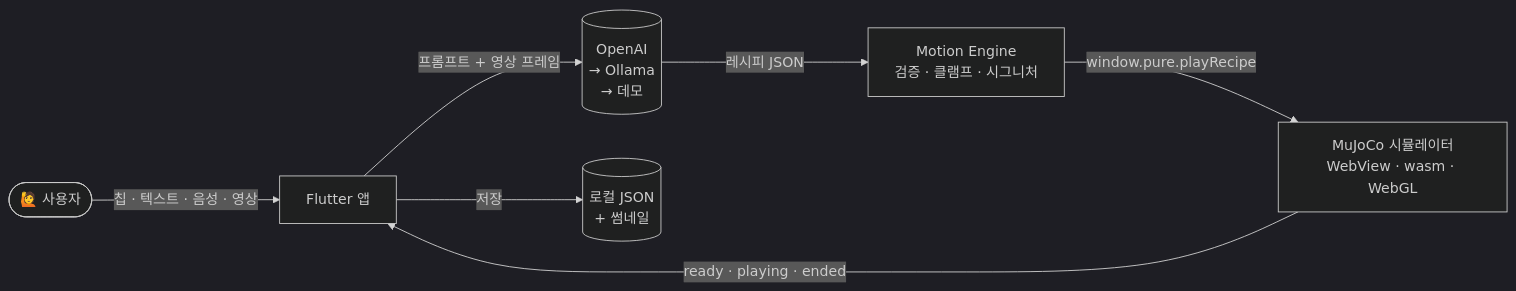
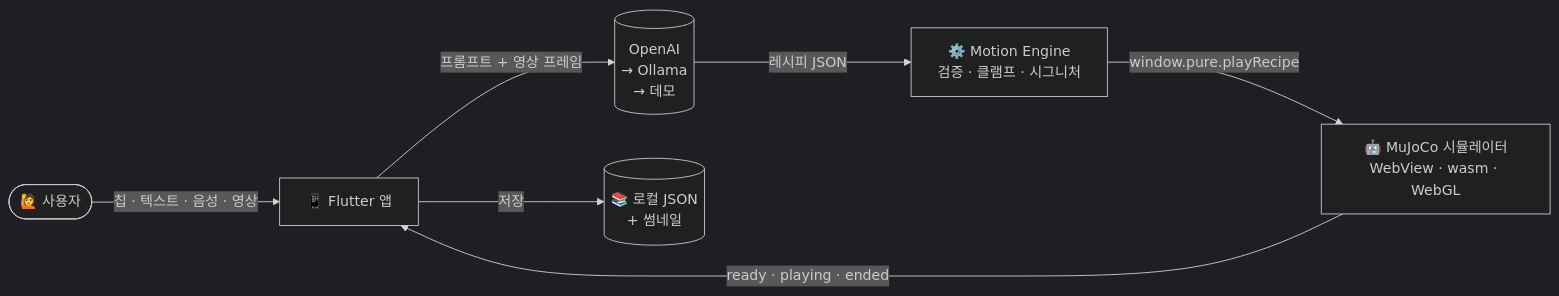
Before and after one commit to cherrymixy/pure-app: the first of 2 diagrams in README.md, drawn with Mermaid (dark theme). The commit also changed other lines of this file and 15 other files, not shown here.

````diff
--- a/README.md
+++ b/README.md
@@ -107,9 +185,9 @@
 ```mermaid
 flowchart LR
-  U([🙋 사용자]) -->|칩 · 텍스트 · 음성 · 영상| APP[Flutter 앱]
-  APP -->|프롬프트 + 영상 프레임| LLM[(OpenAI<br/>→ Ollama<br/>→ 데모)]
-  LLM -->|레시피 JSON| ENG[Motion Engine<br/>검증 · 클램프 · 시그니처]
-  ENG -->|window.pure.playRecipe| SIM[MuJoCo 시뮬레이터<br/>WebView · wasm · WebGL]
+  U(["🙋 사용자"]) -->|칩 · 텍스트 · 음성 · 영상| APP["📱 Flutter 앱"]
+  APP -->|프롬프트 + 영상 프레임| LLM[("OpenAI<br/>→ Ollama<br/>→ 데모")]
+  LLM -->|레시피 JSON| ENG["⚙️ Motion Engine<br/>검증 · 클램프 · 시그니처"]
+  ENG -->|window.pure.playRecipe| SIM["🤖 MuJoCo 시뮬레이터<br/>WebView · wasm · WebGL"]
   SIM -->|ready · playing · ended| APP
-  APP -->|저장| DB[(로컬 JSON<br/>+ 썸네일)]
+  APP -->|저장| DB[("📚 로컬 JSON<br/>+ 썸네일")]
 ```
````
